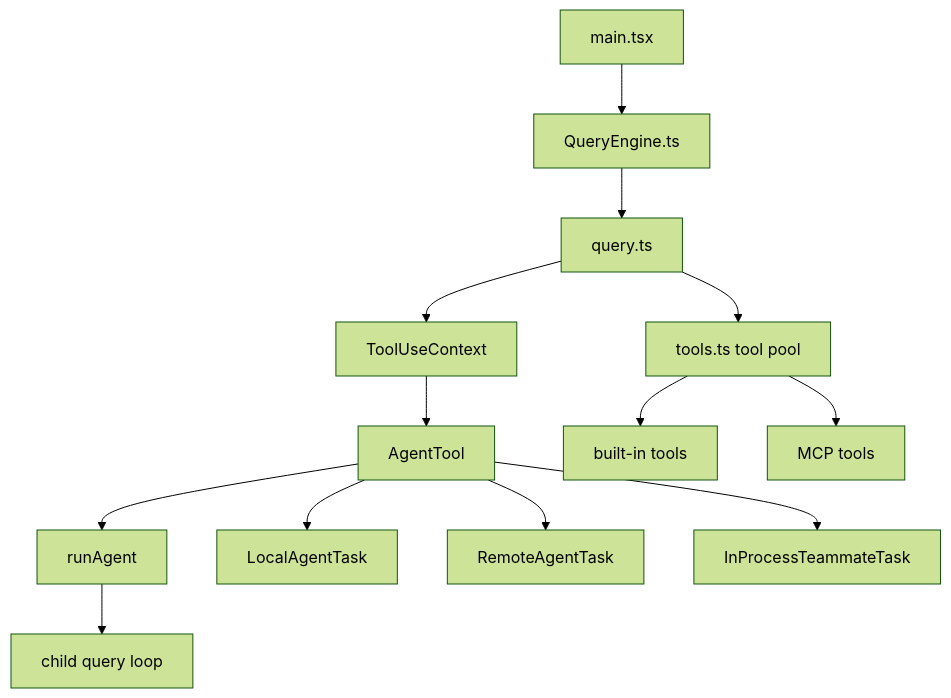
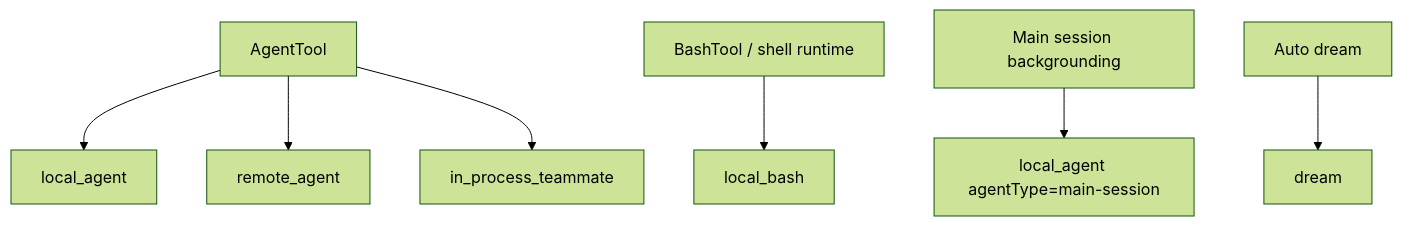
One commit to Boulea7/ClaudeCode-Source-DeepDive changed the second of 2 diagrams in MODULES/01-agent-loop-and-teams/DEEP/README.md. Above: the diagram before and after it, drawn with Mermaid (forest theme). The commit also changed other lines of this file and 5 other files, not shown here.

````diff
--- a/MODULES/01-agent-loop-and-teams/DEEP/README.md
+++ b/MODULES/01-agent-loop-and-teams/DEEP/README.md
@@ -196,15 +243,9 @@
 ```mermaid
 flowchart TD
-    A[main.tsx] --> B[QueryEngine.ts]
-    B --> C[query.ts]
-    C --> D[ToolUseContext]
-    D --> E[AgentTool]
-    E --> F[runAgent]
-    F --> G[child query loop]
-    E --> H[LocalAgentTask]
-    E --> I[RemoteAgentTask]
-    E --> J[InProcessTeammateTask]
-    C --> K[tools.ts tool pool]
-    K --> L[built-in tools]
-    K --> M[MCP tools]
+    A[AgentTool] --> B[local_agent]
+    A --> C[remote_agent]
+    A --> D[in_process_teammate]
+    E[BashTool / shell runtime] --> F[local_bash]
+    G[Main session backgrounding] --> H[local_agent agentType=main-session]
+    I[Auto dream] --> J[dream]
 ```
````
